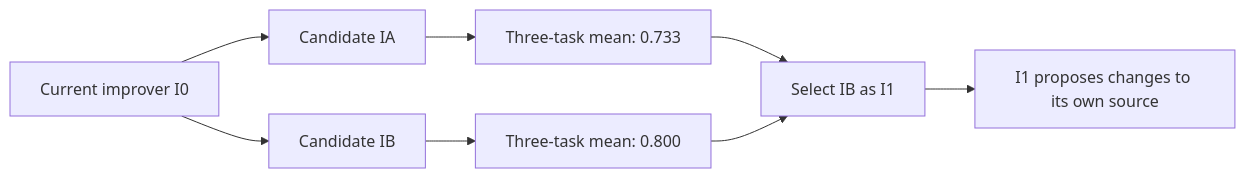
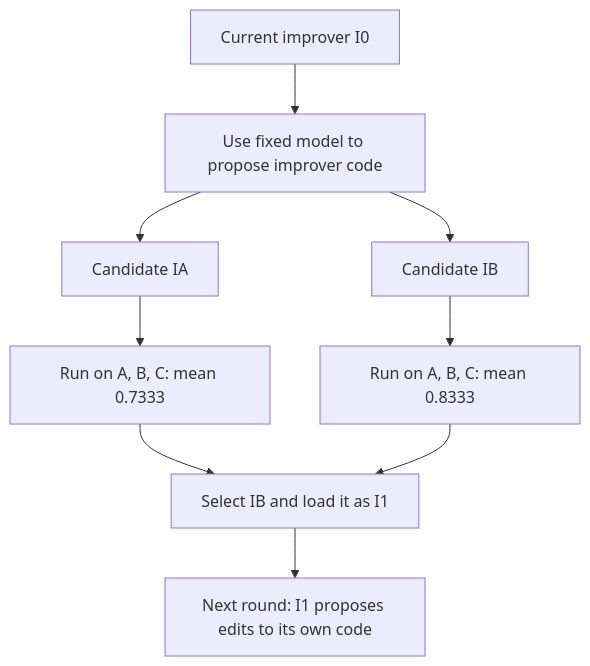
The fourth of 4 diagrams in research/literature/reviews/pap-0001-stop.md (jairzinhosantos/thinking-harness), drawn with Mermaid before and after one commit. The commit also changed other lines of this file and 2 other files, not shown here.

````diff
--- a/research/literature/reviews/pap-0001-stop.md
+++ b/research/literature/reviews/pap-0001-stop.md
@@ -153,10 +377,11 @@
 ```mermaid
-flowchart LR
-    I0[Current improver I0] --> IA[Candidate IA]
-    I0 --> IB[Candidate IB]
-    IA --> SA[Three-task mean: 0.733]
-    IB --> SB[Three-task mean: 0.800]
-    SA --> Pick[Select IB as I1]
-    SB --> Pick
-    Pick --> Next[I1 proposes changes to its own source]
+flowchart TD
+    I0[Current improver I0] --> P[Use fixed model to propose improver code]
+    P --> IA[Candidate IA]
+    P --> IB[Candidate IB]
+    IA --> EA[Run on A, B, C: mean 0.7333]
+    IB --> EB[Run on A, B, C: mean 0.8333]
+    EA --> S[Select IB and load it as I1]
+    EB --> S
+    S --> N[Next round: I1 proposes edits to its own code]
 ```
````
